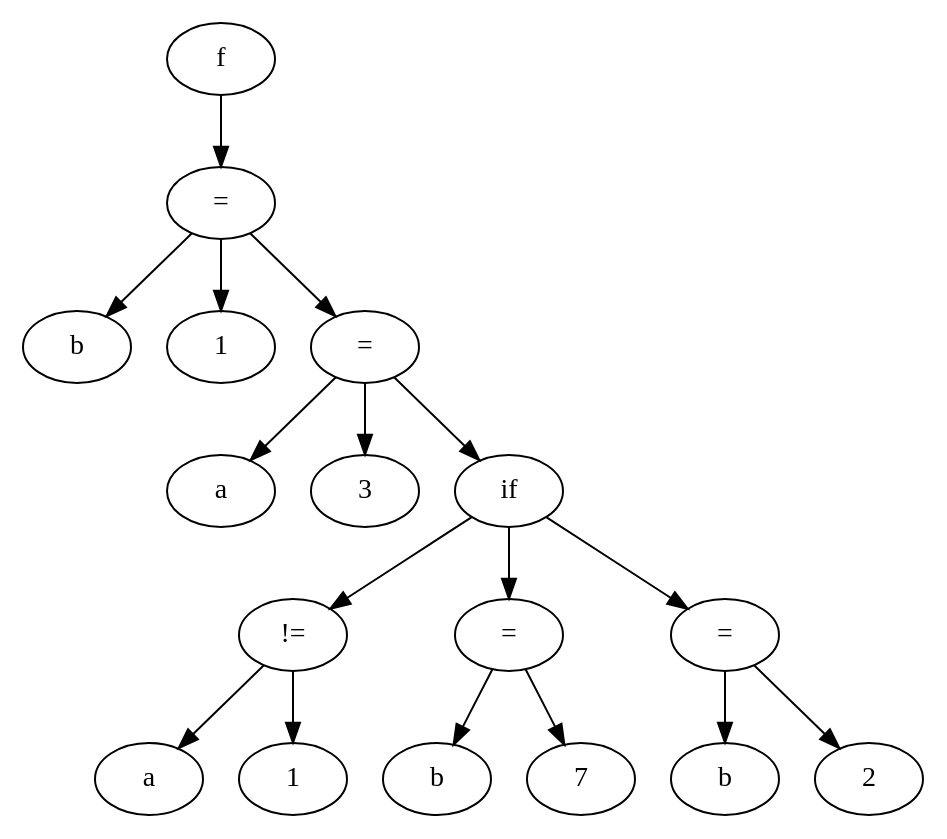
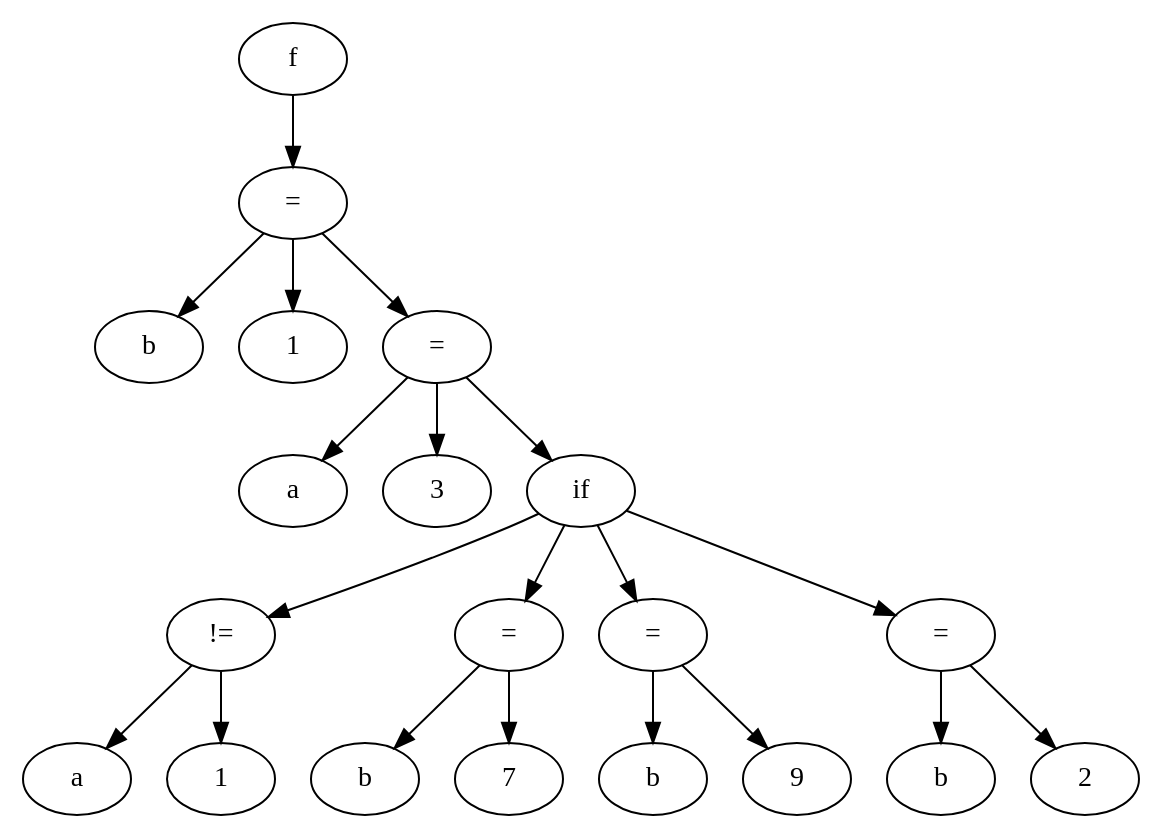
The diagram in etapa5/saida.dot (FelipeSchnitzler/trabalho_compiladores_INF01147), drawn with Graphviz before and after one commit. The commit also changed 4 other files, not shown here.

```diff
--- a/etapa5/saida.dot
+++ b/etapa5/saida.dot
@@ -1,35 +1,41 @@
 digraph grafo {
-  790918160 [ label="f" ];
-  790918160 -> 790920160;
-  790920160 [ label="=" ];
-  790920160 -> 790920240;
-  790920240 [ label="b" ];
-  790920160 -> 790918800;
-  790918800 [ label="1" ];
-  790920160 -> 790921008;
-  790921008 [ label="=" ];
-  790921008 -> 790921088;
-  790921088 [ label="a" ];
-  790921008 -> 790920688;
-  790920688 [ label="3" ];
-  790921008 -> 790923408;
-  790923408 [ label="if" ];
-  790923408 -> 790922112;
-  790922112 [ label="!=" ];
-  790922112 -> 790921440;
-  790921440 [ label="a" ];
-  790922112 -> 790921792;
-  790921792 [ label="1" ];
-  790923408 -> 790923072;
-  790923072 [ label="=" ];
-  790923072 -> 790923152;
-  790923152 [ label="b" ];
-  790923072 -> 790922752;
-  790922752 [ label="7" ];
-  790923408 -> 790924528;
-  790924528 [ label="=" ];
-  790924528 -> 790924608;
-  790924608 [ label="b" ];
-  790924528 -> 790924208;
-  790924208 [ label="2" ];
+  812278800 [ label="f" ];
+  812278800 -> 812280800;
+  812280800 [ label="=" ];
+  812280800 -> 812280880;
+  812280880 [ label="b" ];
+  812280800 -> 812279440;
+  812279440 [ label="1" ];
+  812280800 -> 812281648;
+  812281648 [ label="=" ];
+  812281648 -> 812281728;
+  812281728 [ label="a" ];
+  812281648 -> 812281328;
+  812281328 [ label="3" ];
+  812281648 -> 812284896;
+  812284896 [ label="if" ];
+  812284896 -> 812282752;
+  812282752 [ label="!=" ];
+  812282752 -> 812282080;
+  812282080 [ label="a" ];
+  812282752 -> 812282432;
+  812282432 [ label="1" ];
+  812284896 -> 812283712;
+  812283712 [ label="=" ];
+  812283712 -> 812283792;
+  812283792 [ label="b" ];
+  812283712 -> 812283392;
+  812283392 [ label="7" ];
+  812284896 -> 812284560;
+  812284560 [ label="=" ];
+  812284560 -> 812284640;
+  812284640 [ label="b" ];
+  812284560 -> 812284240;
+  812284240 [ label="9" ];
+  812284896 -> 812286336;
+  812286336 [ label="=" ];
+  812286336 -> 812286416;
+  812286416 [ label="b" ];
+  812286336 -> 812286016;
+  812286016 [ label="2" ];
 }
```
